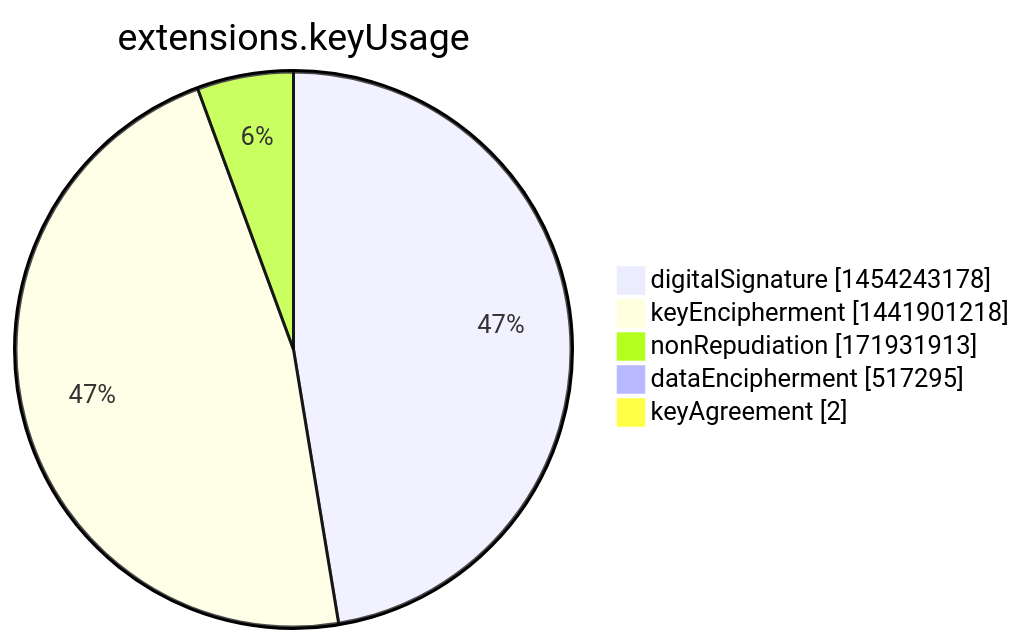
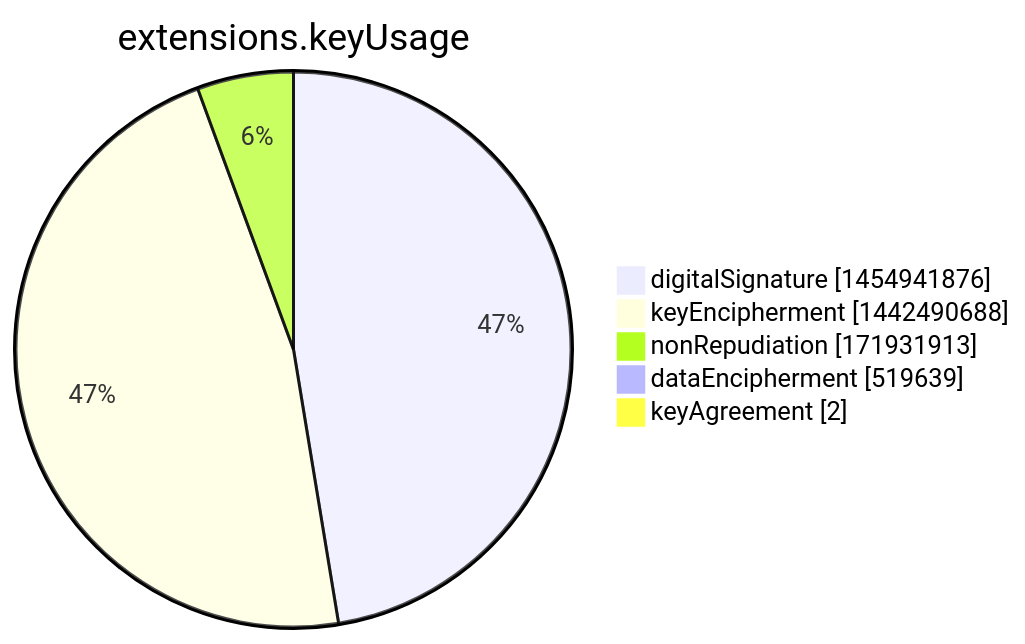
One commit to christiankrug/ctmonitor_visualization changed the seventh of 15 diagrams in argon2022/README.md. Above: the diagram before and after it, drawn with Mermaid. The commit also changed other lines of this file, not shown here.

````diff
--- a/argon2022/README.md
+++ b/argon2022/README.md
@@ -2751,9 +2751,9 @@
 ```mermaid
 pie showData
 title extensions.keyUsage
-"digitalSignature" :1454243178
-"keyEncipherment" :1441901218
+"digitalSignature" :1454941876
+"keyEncipherment" :1442490688
 "nonRepudiation" :171931913
-"dataEncipherment" :517295
+"dataEncipherment" :519639
 "keyAgreement" :2
 ```
````
